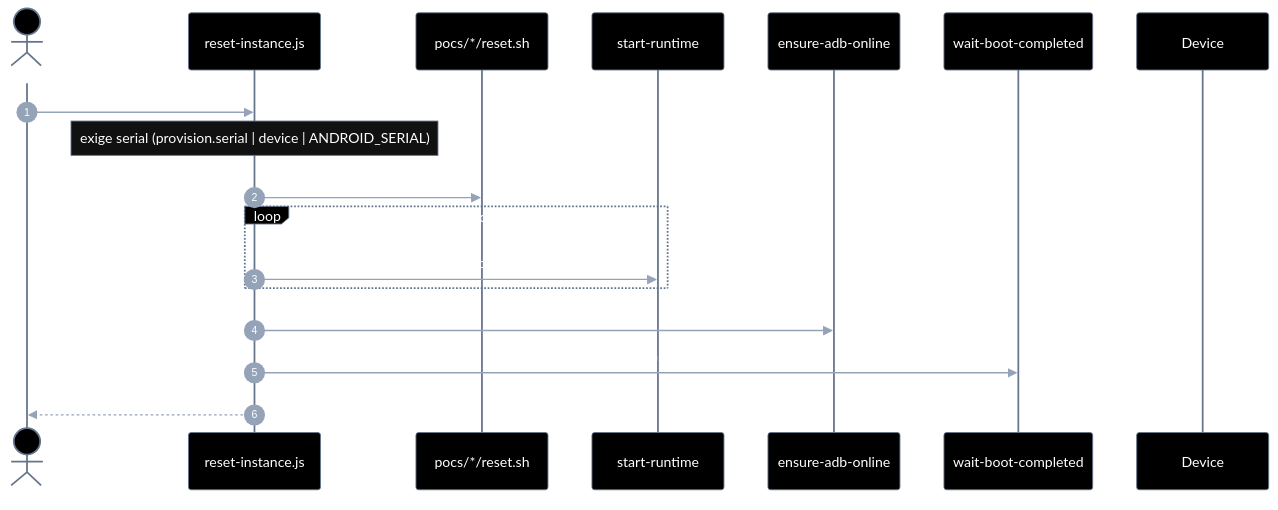
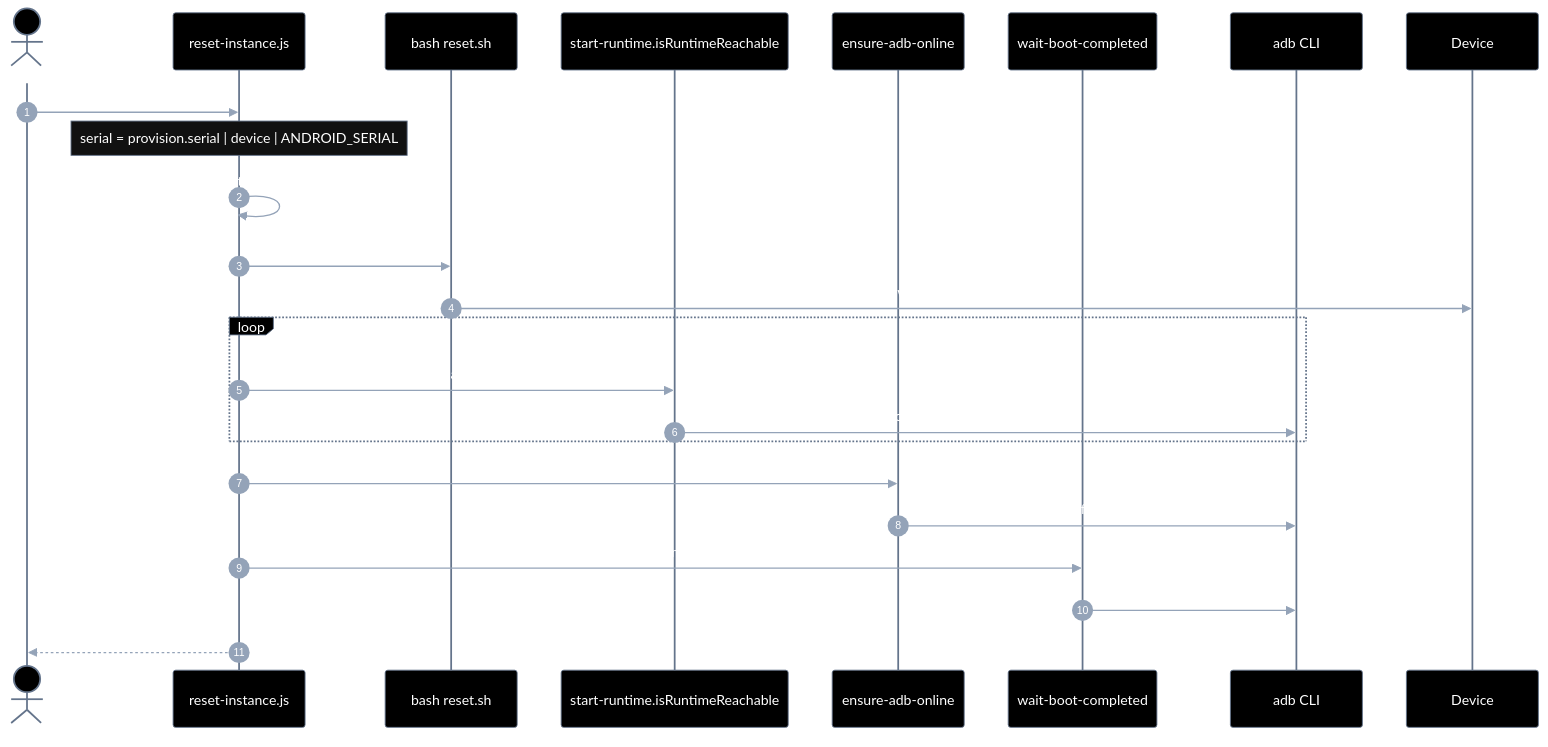
One commit to laerciogermano/workstation changed the third of 10 diagrams in screen-robot/arquitetura.md. Above: the diagram before and after it, drawn with Mermaid. The commit also changed other lines of this file, not shown here.

````diff
--- a/screen-robot/arquitetura.md
+++ b/screen-robot/arquitetura.md
@@ -417,46 +459,50 @@
 ```mermaid
 ---
 config:
   theme: base
   themeVariables:
     darkMode: true
     background: '#000000'
     primaryColor: '#000000'
     primaryTextColor: '#ffffff'
     primaryBorderColor: '#64748b'
     lineColor: '#64748b'
     textColor: '#ffffff'
     mainBkg: '#000000'
     actorBkg: '#000000'
     actorBorder: '#64748b'
     actorTextColor: '#ffffff'
     signalColor: '#94a3b8'
     signalTextColor: '#ffffff'
     noteBorderColor: '#64748b'
     noteBkgColor: '#111111'
     noteTextColor: '#ffffff'
-    activationBorderColor: '#64748b'
-    activationBkgColor: '#1a1a1a'
     sequenceNumberColor: '#ffffff'
     loopTextColor: '#ffffff'
 ---
 sequenceDiagram
   autonumber
   actor Caller
   participant R as reset-instance.js
-  participant Shell as pocs/*/reset.sh
-  participant S as start-runtime
-  participant ADB as ensure-adb-online
+  participant Bash as bash reset.sh
+  participant SR as start-runtime.isRuntimeReachable
+  participant Ens as ensure-adb-online
   participant Boot as wait-boot-completed
-  participant D as Device
+  participant ADB as adb CLI
+  participant Dev as Device
 
   Caller->>R: resetInstance(cfg)
-  Note over R: exige serial (provision.serial | device | ANDROID_SERIAL)
-  R->>Shell: bash resetScript
+  Note over R: serial = provision.serial | device | ANDROID_SERIAL
+  R->>R: defaultResetScript(kind) ou override
+  R->>Bash: bash reset.sh
+  Bash->>Dev: wipe + start de novo
   loop até reachable
-    R->>S: isRuntimeReachable(serial)
+    R->>SR: isRuntimeReachable(serial)
+    SR->>ADB: connect/get-state ou devices
   end
-  R->>ADB: ensureAdbOnline
+  R->>Ens: ensureAdbOnline
+  Ens->>ADB: wait-for-device
   R->>Boot: waitBootCompleted
+  Boot->>ADB: getprop boot_completed
   R-->>Caller: { serial, kind, resetAt }
 ```
````
